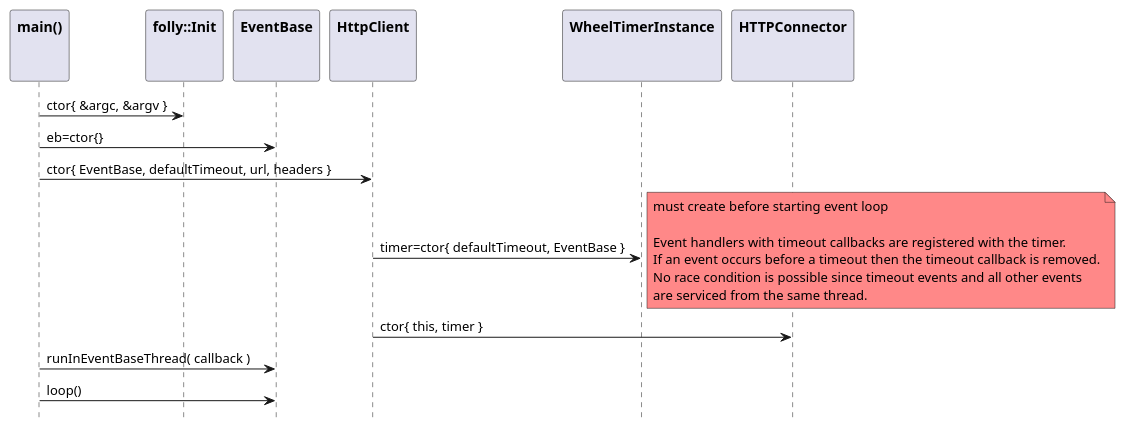
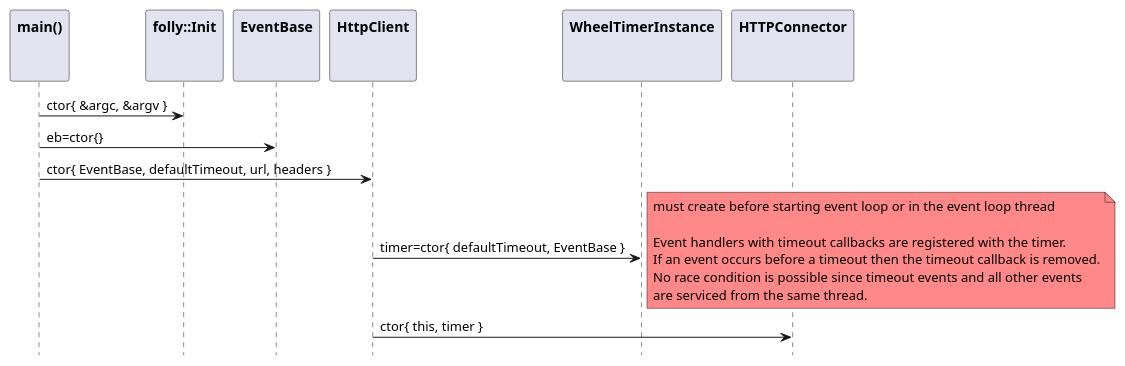
The first of 4 diagrams in doc/http-client.adoc (patrickhallinan/hello-proxygen), drawn with PlantUML before and after one commit. The commit also changed other lines of this file and 6 other files, not shown here.

```diff
--- a/doc/http-client.adoc
+++ b/doc/http-client.adoc
@@ -7,49 +34,30 @@
 [plantuml, "http-client-init-seq.puml", svg]
 ----
 hide footbox
 
 participant "**main()**\n\n" as main
 participant "**folly::Init**\n\n" as Init
 participant "**EventBase**\n\n" as EventBase
 participant "**HttpClient**\n\n" as HttpClient
 participant "**WheelTimerInstance**\n\n" as WheelTimerInstance
 participant "**HTTPConnector**\n\n" as HTTPConnector
 
 
 main -> Init : ctor{ &argc, &argv }
 main -> EventBase : eb=ctor{}
 
 main -> HttpClient : ctor{ EventBase, defaultTimeout, url, headers }
 
 HttpClient -> WheelTimerInstance : timer=ctor{ defaultTimeout, EventBase }
 note right #ff8888
-    must create before starting event loop
+    must create before starting event loop or in the event loop thread
    
     Event handlers with timeout callbacks are registered with the timer.
     If an event occurs before a timeout then the timeout callback is removed.
     No race condition is possible since timeout events and all other events
     are serviced from the same thread.
 end note
 
 HttpClient -> HTTPConnector : ctor{ this, timer }        
 
-main -> EventBase : runInEventBaseThread( callback )
-
-main -> EventBase : loop()
-
-/'
-main -> Init : ctor{ &argc, &argv }
-main -> EventBase : eb=ctor{}
-
-main -> WheelTimerInstance : timer=ctor{ defaultTimeout, eb }
- 
-
-main -> thread : ctor{ run_event_loop( &eb ) }
-main -> Test : test=ctor{}
-
-main -> Test : run()
-note left #ff0000: todo
-
-main -> thread : join()
-'/
 ----
```
